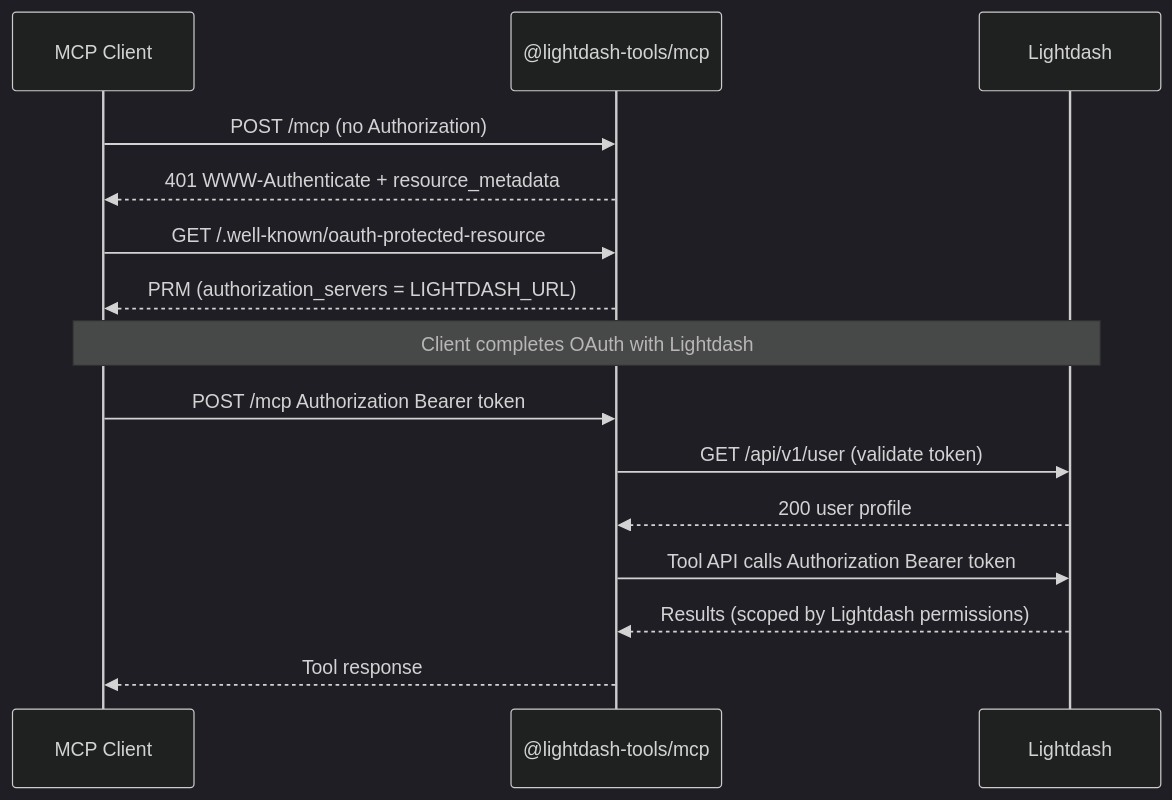
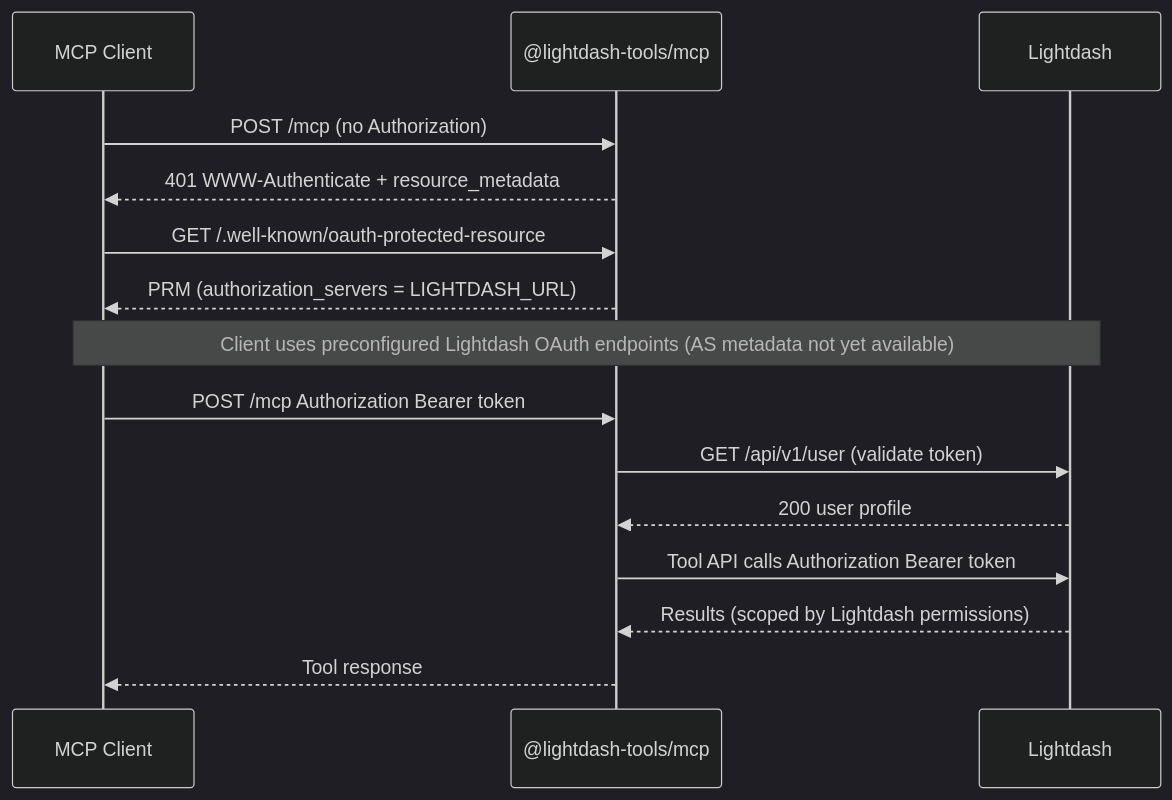
The diagram in docs/mcp-oauth-http.md (yu-iskw/lightdash-tools), drawn with Mermaid (dark theme) before and after one commit. The commit also changed other lines of this file and 14 other files, not shown here.

First line of the commit message:
docs(mcp): mark lightdash-oauth as experimental identity-only OAuth

````diff
--- a/docs/mcp-oauth-http.md
+++ b/docs/mcp-oauth-http.md
@@ -142,21 +189,21 @@
 ```mermaid
 sequenceDiagram
     participant Client as MCP Client
     participant MCP as @lightdash-tools/mcp
     participant LD as Lightdash
 
     Client->>MCP: POST /mcp (no Authorization)
     MCP-->>Client: 401 WWW-Authenticate + resource_metadata
 
     Client->>MCP: GET /.well-known/oauth-protected-resource
     MCP-->>Client: PRM (authorization_servers = LIGHTDASH_URL)
 
-    Note over Client,LD: Client completes OAuth with Lightdash
+    Note over Client,LD: Client uses preconfigured Lightdash OAuth endpoints (AS metadata not yet available)
 
     Client->>MCP: POST /mcp Authorization Bearer token
     MCP->>LD: GET /api/v1/user (validate token)
     LD-->>MCP: 200 user profile
     MCP->>LD: Tool API calls Authorization Bearer token
     LD-->>MCP: Results (scoped by Lightdash permissions)
     MCP-->>Client: Tool response
 ```
````
